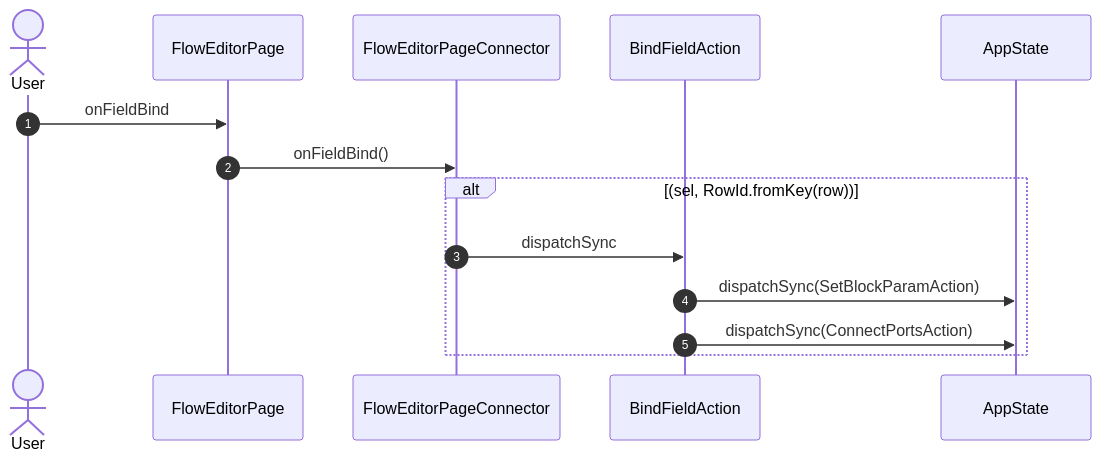
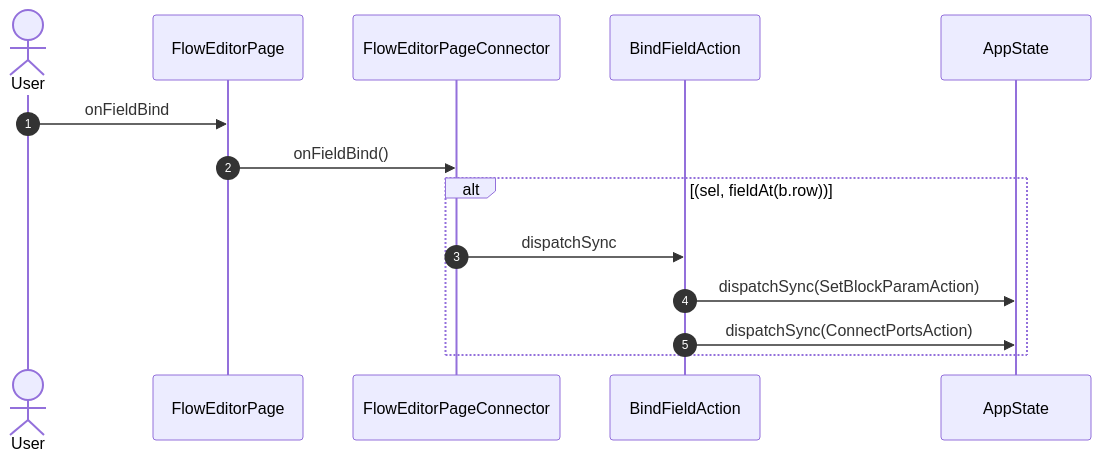
Diagram 28 of 31 in studio/docs/flows/flowEditor.md (gencto/wyrm), drawn with Mermaid before and after one commit. The commit also changed other lines of this file and 28 other files, not shown here.

````diff
--- a/studio/docs/flows/flowEditor.md
+++ b/studio/docs/flows/flowEditor.md
@@ -648,17 +506,17 @@
 ```mermaid
 sequenceDiagram
     autonumber
     actor User
     participant UI as FlowEditorPage
     participant VM as FlowEditorPageConnector
     participant A1 as BindFieldAction
     participant ST as AppState
 
     User->>UI: onFieldBind
     UI->>VM: onFieldBind()
-    alt (sel, RowId.fromKey(row))
+    alt (sel, fieldAt(b.row))
         VM->>A1: dispatchSync
         A1->>ST: dispatchSync(SetBlockParamAction)
         A1->>ST: dispatchSync(ConnectPortsAction)
     end
 ```
````
